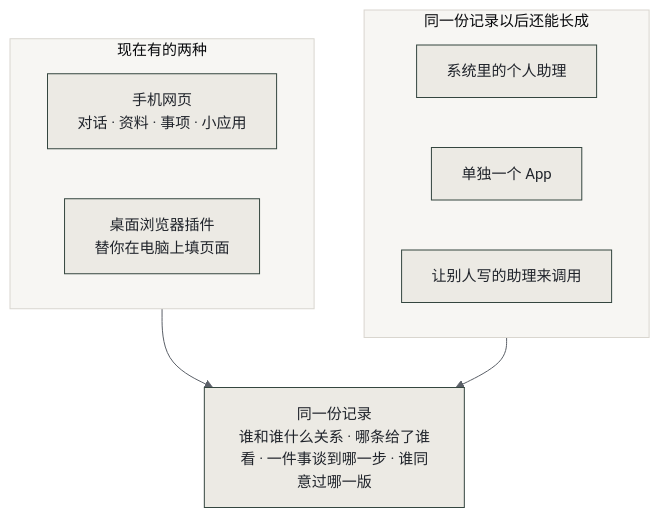
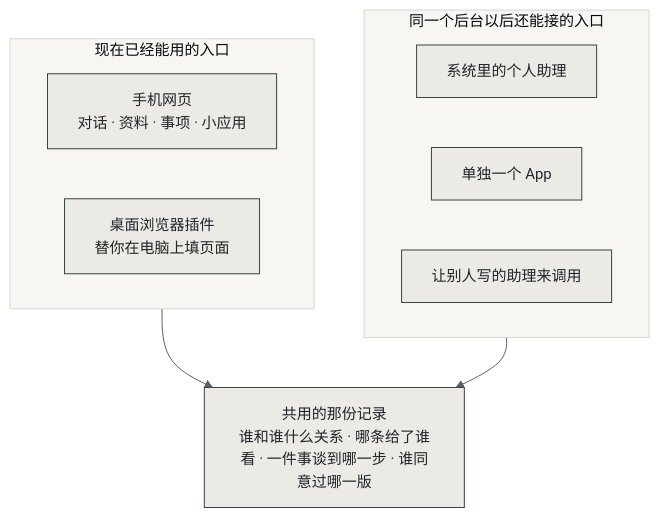
One commit to larisfavour-lang/personal-ai-hackathon changed the first of 4 diagrams in README.md. Above: the diagram before and after it, drawn with Mermaid. The commit also changed other lines of this file, not shown here.

Commit message:
docs: self-explanatory diagram group labels

````diff
--- a/README.md
+++ b/README.md
@@ -39,18 +39,18 @@
 ```mermaid
 %%{init: {"theme":"base","themeVariables":{"background":"#f7f6f3","mainBkg":"#eceae4","primaryColor":"#eceae4","primaryTextColor":"#20242b","primaryBorderColor":"#34463f","secondaryColor":"#eef1ee","secondaryBorderColor":"#8a9a92","tertiaryColor":"#f7f6f3","tertiaryBorderColor":"#d9d6cf","lineColor":"#5b6068","textColor":"#20242b","fontFamily":"PingFang SC, Microsoft YaHei, sans-serif","fontSize":"15px","clusterBkg":"#f7f6f3","clusterBorder":"#d9d6cf","edgeLabelBackground":"#f7f6f3","nodeBorder":"#34463f","actorBkg":"#eceae4","actorBorder":"#34463f","actorTextColor":"#20242b","signalColor":"#5b6068","signalTextColor":"#20242b","noteBkgColor":"#eef1ee","noteTextColor":"#20242b","noteBorderColor":"#8a9a92","labelBoxBkgColor":"#eceae4","labelBoxBorderColor":"#34463f","labelTextColor":"#20242b","sequenceNumberColor":"#f7f6f3","activationBkgColor":"#eef1ee","activationBorderColor":"#8a9a92"}}}%%
 flowchart TB
-  subgraph NOW["现在有的两种"]
+  subgraph NOW["现在已经能用的入口"]
     direction LR
     W["手机网页<br/>对话 · 资料 · 事项 · 小应用"]
     EXT["桌面浏览器插件<br/>替你在电脑上填页面"]
   end
-  subgraph LATER["同一份记录以后还能长成"]
+  subgraph LATER["同一个后台以后还能接的入口"]
     direction LR
     S1["系统里的个人助理"]
     S2["单独一个 App"]
     S3["让别人写的助理来调用"]
   end
-  DATA["同一份记录<br/>谁和谁什么关系 · 哪条给了谁看 · 一件事谈到哪一步 · 谁同意过哪一版"]
+  DATA["共用的那份记录<br/>谁和谁什么关系 · 哪条给了谁看 · 一件事谈到哪一步 · 谁同意过哪一版"]
   NOW --> DATA
   LATER --> DATA
 ```
````
